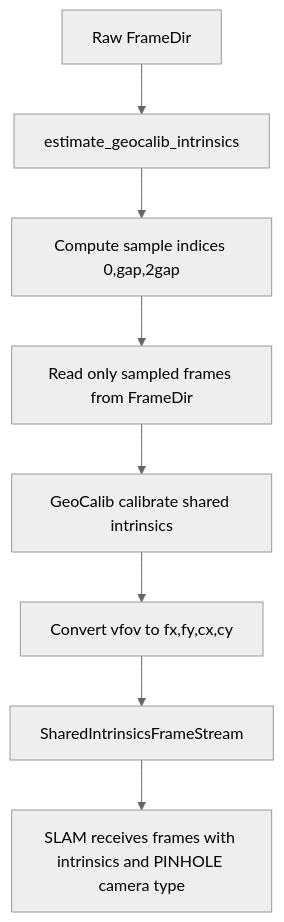
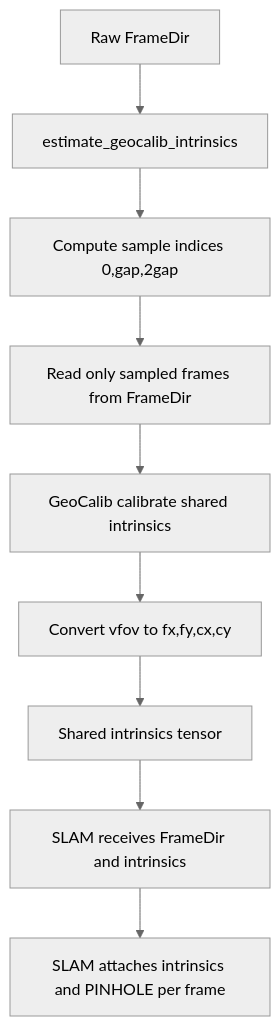
One commit to sadanand1120/vipe changed the fourth of 13 diagrams in fullexplain.md. Above: the diagram before and after it, drawn with Mermaid (neutral theme). The commit also changed other lines of this file and 12 other files, not shown here.

````diff
--- a/fullexplain.md
+++ b/fullexplain.md
@@ -313,10 +312,11 @@
 ```mermaid
 flowchart TD
     A[Raw FrameDir] --> B[estimate_geocalib_intrinsics]
     B --> C[Compute sample indices 0,gap,2gap]
     C --> D[Read only sampled frames from FrameDir]
     D --> E[GeoCalib calibrate shared intrinsics]
     E --> F[Convert vfov to fx,fy,cx,cy]
-    F --> G[SharedIntrinsicsFrameStream]
-    G --> H[SLAM receives frames with intrinsics and PINHOLE camera type]
+    F --> G[Shared intrinsics tensor]
+    G --> H[SLAM receives FrameDir and intrinsics]
+    H --> I[SLAM attaches intrinsics and PINHOLE per frame]
 ```
````
